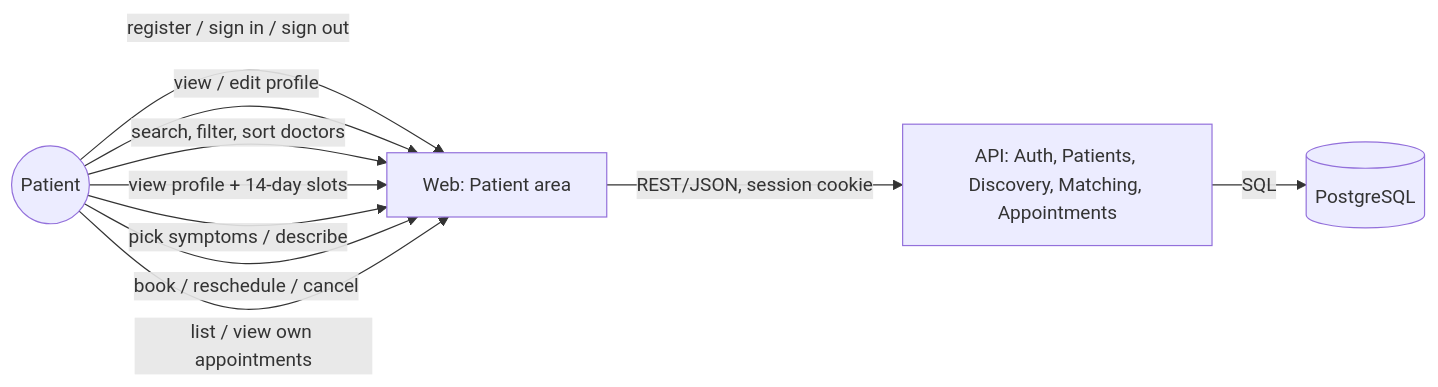
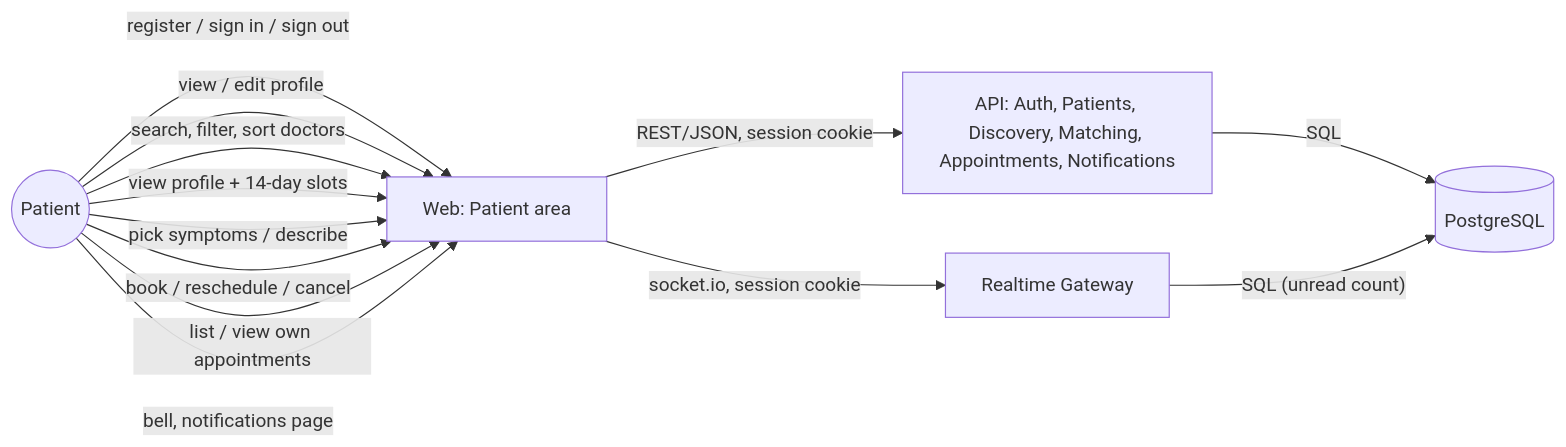
Before and after one commit to alhexjustine/telehealth: the second of 3 diagrams in docs/modules/patient.md, drawn with Mermaid. The commit also changed other lines of this file and 72 other files, not shown here.

````diff
--- a/docs/modules/patient.md
+++ b/docs/modules/patient.md
@@ -111,12 +121,15 @@
 ```mermaid
 flowchart LR
   P((Patient)) -->|"register / sign in / sign out"| W[Web: Patient area]
   P -->|"view / edit profile"| W
   P -->|"search, filter, sort doctors"| W
   P -->|"view profile + 14-day slots"| W
   P -->|"pick symptoms / describe"| W
   P -->|"book / reschedule / cancel"| W
   P -->|"list / view own appointments"| W
-  W -->|"REST/JSON, session cookie"| A["API: Auth, Patients, Discovery, Matching, Appointments"]
+  P -->|"bell, notifications page"| W
+  W -->|"REST/JSON, session cookie"| A["API: Auth, Patients, Discovery, Matching, Appointments, Notifications"]
+  W -->|"socket.io, session cookie"| RT[Realtime Gateway]
   A -->|"SQL"| D[(PostgreSQL)]
+  RT -->|"SQL (unread count)"| D
 ```
````
